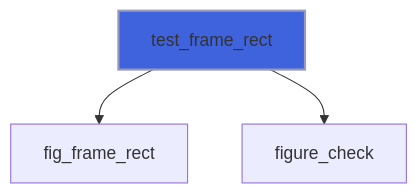
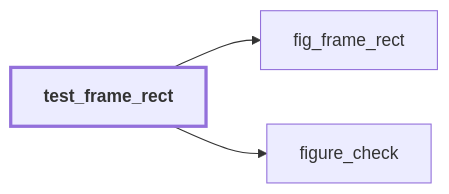
The sixth of 57 diagrams in docs/api/src/lib/figure_testing.md (szaghi/figure), drawn with Mermaid before and after one commit. The commit also changed other lines of this file and 54 other files, not shown here.

````diff
--- a/docs/api/src/lib/figure_testing.md
+++ b/docs/api/src/lib/figure_testing.md
@@ -209,6 +269,9 @@
 ```mermaid
-flowchart TD
+flowchart LR
   test_frame_rect["test_frame_rect"] --> fig_frame_rect["fig_frame_rect"]
   test_frame_rect["test_frame_rect"] --> figure_check["figure_check"]
-  style test_frame_rect fill:#3e63dd,stroke:#99b,stroke-width:2px
+  classDef focus stroke-width:3px,font-weight:bold
+  class test_frame_rect focus
+  click figure_check href "figure_base.html#figure-check" "figure_check"
+  click fig_frame_rect href "figure_c_native.html#fig-frame-rect" "fig_frame_rect"
 ```
````
